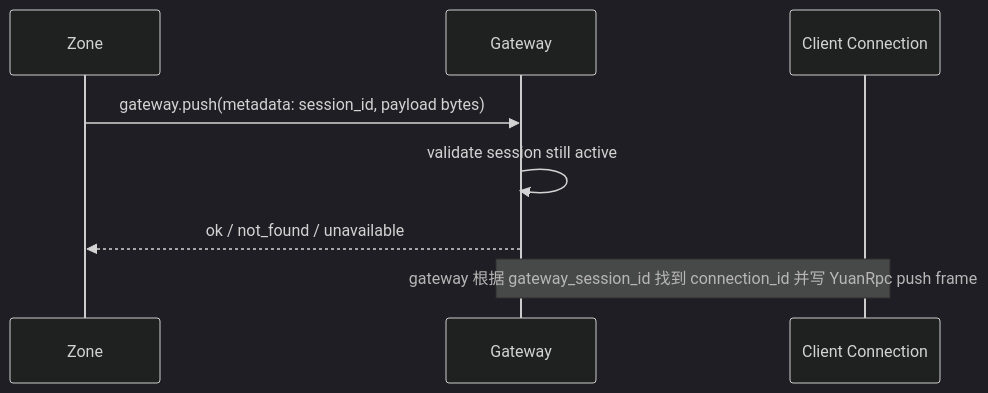
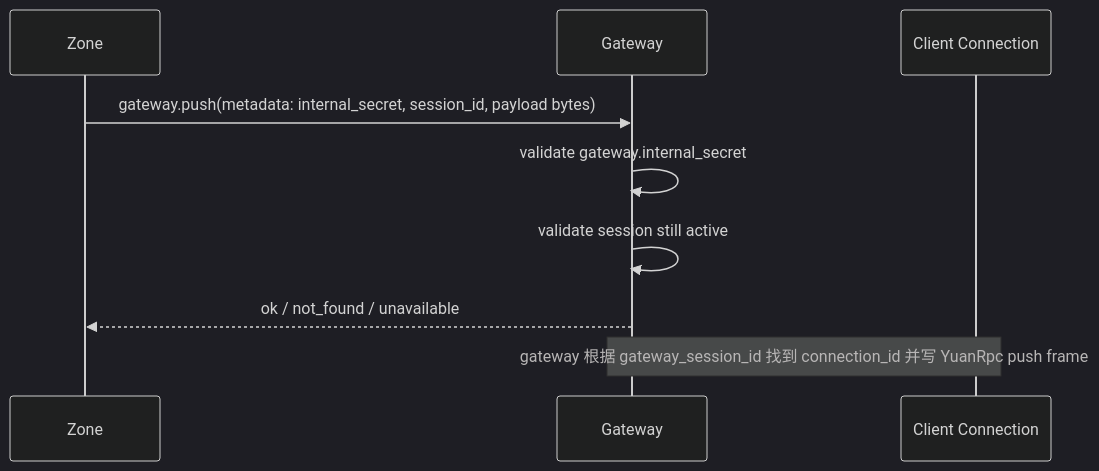
Before and after one commit to freshman1997/server-lib: the fifth of 6 diagrams in libs/game/server/README.md, drawn with Mermaid (dark theme). The commit also changed other lines of this file and 112 other files, not shown here.

````diff
--- a/libs/game/server/README.md
+++ b/libs/game/server/README.md
@@ -322,11 +578,12 @@
 ```mermaid
 sequenceDiagram
     participant Z as Zone
     participant G as Gateway
     participant C as Client Connection
 
-    Z->>G: gateway.push(metadata: session_id, payload bytes)
+    Z->>G: gateway.push(metadata: internal_secret, session_id, payload bytes)
+    G->>G: validate gateway.internal_secret
     G->>G: validate session still active
     G-->>Z: ok / not_found / unavailable
     Note over G,C: gateway 根据 gateway_session_id 找到 connection_id 并写 YuanRpc push frame
 ```
````
